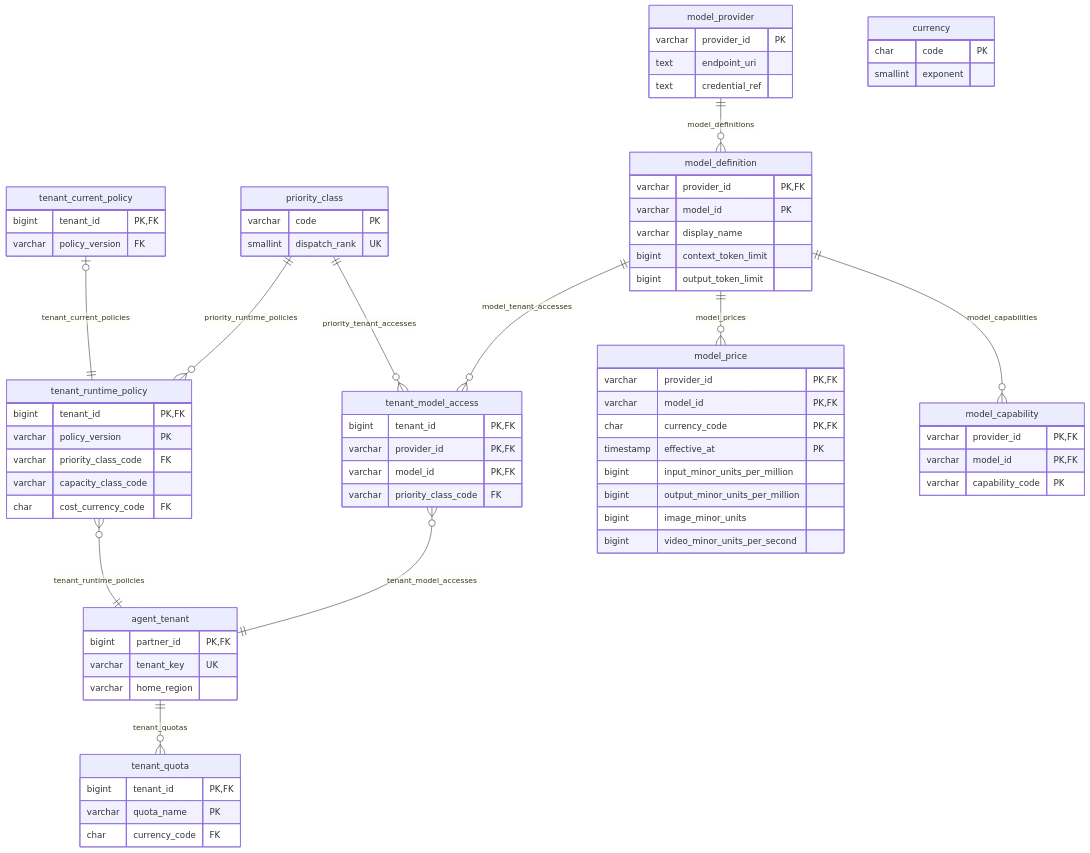
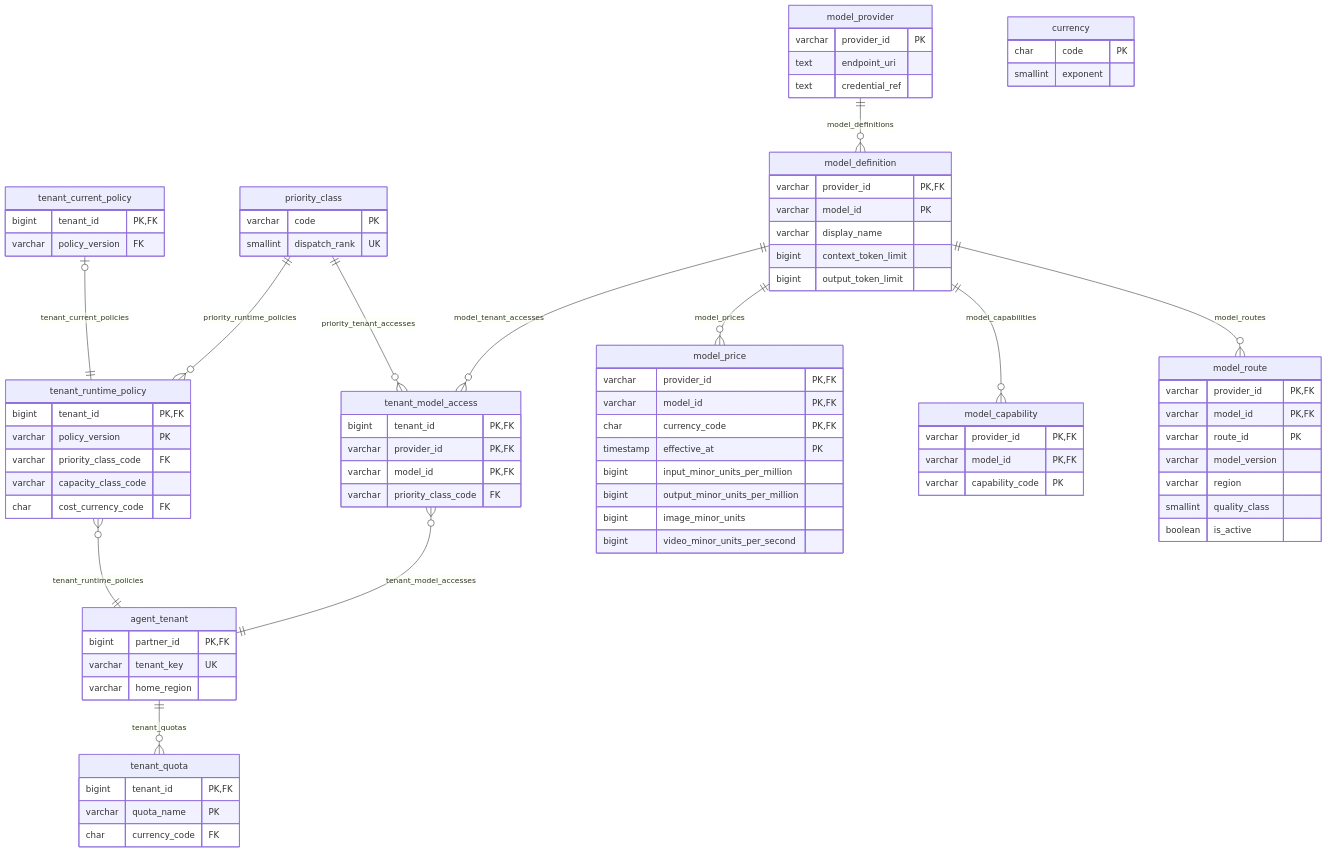
One commit to nauticana/scout changed the third of 16 diagrams in doc/database.md. Above: the diagram before and after it, drawn with Mermaid. The commit also changed other lines of this file and 69 other files, not shown here.

Commit message:
SQL tool registry, tool-capable and schema-constrained model contract, bounded model↔tool loop, typed turn events, evidence validation, model routes; keel v1.2.65

```diff
--- a/doc/database.md
+++ b/doc/database.md
@@ -380,6 +384,7 @@
     model_definition ||--o{ tenant_model_access : model_tenant_accesses
     model_definition ||--o{ model_price : model_prices
     model_definition ||--o{ model_capability : model_capabilities
+    model_definition ||--o{ model_route : model_routes
     priority_class ||--o{ tenant_model_access : priority_tenant_accesses
     tenant_runtime_policy }o--|| agent_tenant : tenant_runtime_policies
     tenant_model_access }o--|| agent_tenant : tenant_model_accesses
@@ -431,6 +436,15 @@
         varchar model_id PK,FK
         varchar capability_code PK
     }
+    model_route {
+        varchar provider_id PK,FK
+        varchar model_id PK,FK
+        varchar route_id PK
+        varchar model_version
+        varchar region
+        smallint quality_class
+        boolean is_active
+    }
     model_price {
         varchar provider_id PK,FK
         varchar model_id PK,FK
```
